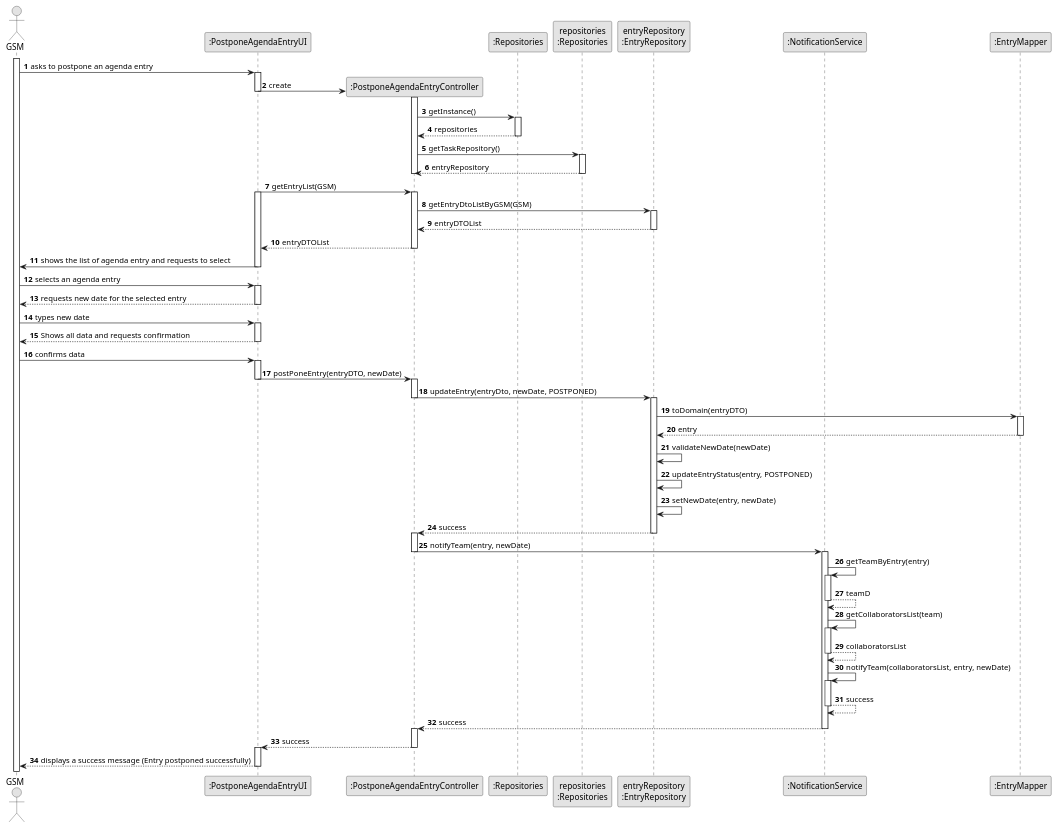
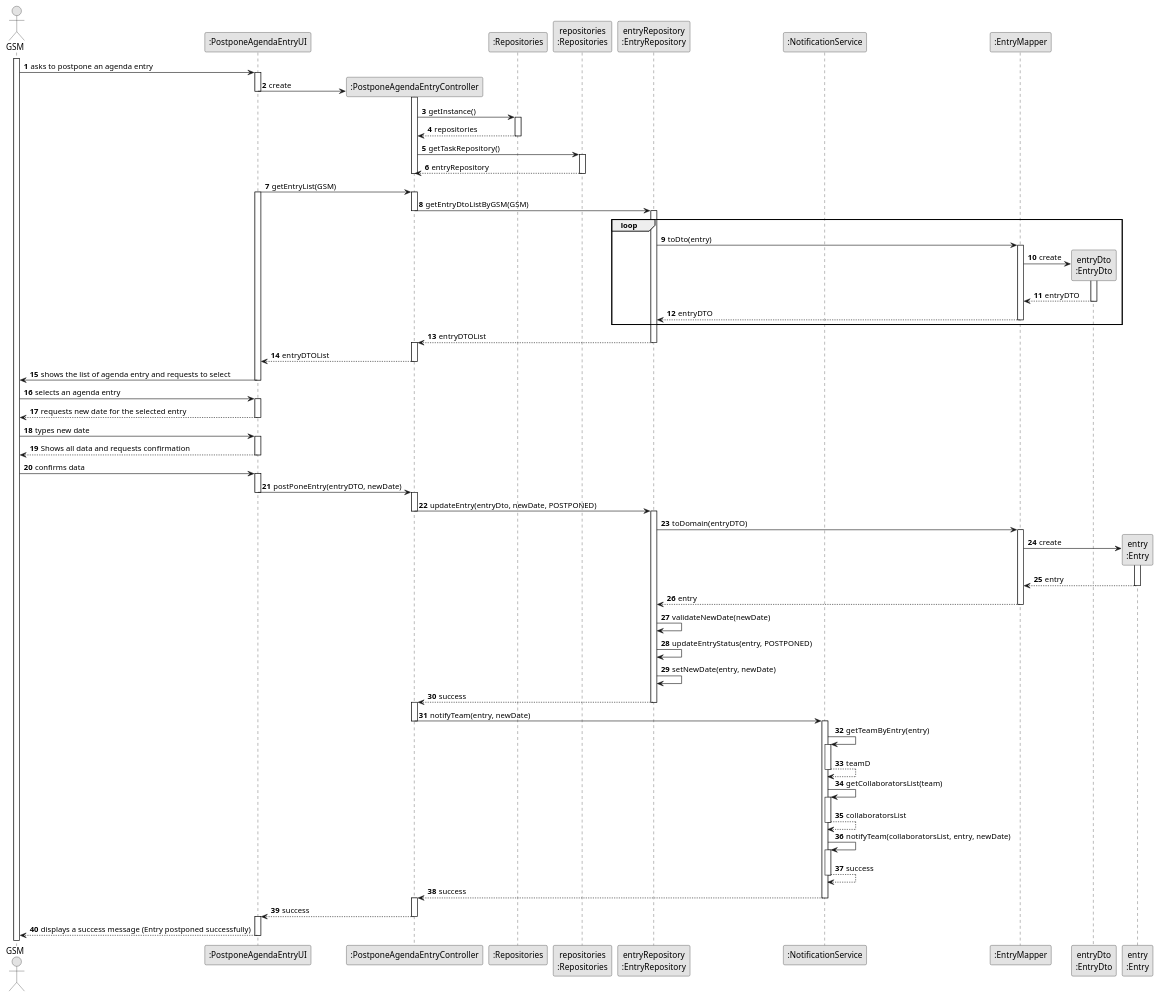
The diagram in docs/sprintC/us024/03.design/puml/us024-sequence-diagram-full.puml (ricardomm7/leaflink), drawn with PlantUML before and after one commit. The commit also changed 1 other file, not shown here.

Commit message:
Update US24/US29 Sequence Diagram

```diff
--- a/docs/sprintC/us024/03.design/puml/us024-sequence-diagram-full.puml
+++ b/docs/sprintC/us024/03.design/puml/us024-sequence-diagram-full.puml
@@ -1,131 +1,158 @@
 @startuml
 skinparam monochrome true
 skinparam packageStyle rectangle
 skinparam shadowing false
 
 autonumber
 
 actor "GSM" as GSM
 participant ":PostponeAgendaEntryUI" as UI
 participant ":PostponeAgendaEntryController" as CTRL
 participant ":Repositories" as RepositorySingleton
 participant "repositories\n:Repositories" as PLAT
 participant "entryRepository\n:EntryRepository" as EntryRepo
 participant ":NotificationService" as NotificationService
 participant ":EntryMapper" as EntryMapper
+participant "entryDto\n:EntryDto" as EntryDto
+participant "entry\n:Entry" as Entry
+
 
 
 activate GSM
 
     GSM -> UI : asks to postpone an agenda entry
     activate UI
 
         UI -> CTRL **: create
         deactivate UI
         activate CTRL
 
             CTRL -> RepositorySingleton : getInstance()
             activate RepositorySingleton
 
                 RepositorySingleton --> CTRL : repositories
             deactivate RepositorySingleton
 
             CTRL -> PLAT : getTaskRepository()
             activate PLAT
 
                 PLAT --> CTRL : entryRepository
             deactivate PLAT
 
              deactivate CTRL
 
         deactivate UI
 
         UI -> CTRL: getEntryList(GSM)
         activate UI
         activate CTRL
 
             CTRL -> EntryRepo: getEntryDtoListByGSM(GSM)
+            deactivate CTRL
             activate EntryRepo
 
+            loop
+
+            EntryRepo -> EntryMapper : toDto(entry)
+            activate EntryMapper
+
+                EntryMapper -> EntryDto** : create
+                activate EntryDto
+
+                EntryDto --> EntryMapper : entryDTO
+                deactivate EntryDto
+
+            EntryMapper --> EntryRepo : entryDTO
+            deactivate EntryMapper
+            end
 
             EntryRepo --> CTRL : entryDTOList
             deactivate EntryRepo
+            activate CTRL
 
             CTRL --> UI : entryDTOList
         deactivate CTRL
 
         UI -> GSM : shows the list of agenda entry and requests to select
     deactivate UI
 
     GSM -> UI : selects an agenda entry
     activate UI
 
         UI --> GSM : requests new date for the selected entry
     deactivate UI
 
     GSM -> UI : types new date
     activate UI
 
     UI --> GSM : Shows all data and requests confirmation
     deactivate UI
 
     GSM -> UI: confirms data
     activate UI
 
         UI -> CTRL : postPoneEntry(entryDTO, newDate)
         deactivate UI
         activate CTRL
 
 
             CTRL -> EntryRepo : updateEntry(entryDto, newDate, POSTPONED)
             deactivate CTRL
             activate EntryRepo
 
             EntryRepo -> EntryMapper : toDomain(entryDTO)
             activate EntryMapper
+
+
+                EntryMapper -> Entry** : create
+                activate Entry
+
+                Entry --> EntryMapper : entry
+                deactivate Entry
+
 
             EntryMapper --> EntryRepo : entry
             deactivate EntryMapper
 
                 EntryRepo -> EntryRepo : validateNewDate(newDate)
                 EntryRepo -> EntryRepo : updateEntryStatus(entry, POSTPONED)
                 EntryRepo -> EntryRepo : setNewDate(entry, newDate)
 
             EntryRepo --> CTRL : success
             deactivate EntryRepo
             activate CTRL
 
             CTRL -> NotificationService : notifyTeam(entry, newDate)
             deactivate CTRL
             activate NotificationService
 
                 NotificationService -> NotificationService : getTeamByEntry(entry)
                 activate NotificationService
 
                 NotificationService --> NotificationService : teamD
                 deactivate NotificationService
 
                 NotificationService -> NotificationService : getCollaboratorsList(team)
                 activate NotificationService
 
                 NotificationService --> NotificationService : collaboratorsList
                 deactivate NotificationService
 
                 NotificationService -> NotificationService : notifyTeam(collaboratorsList, entry, newDate)
                 activate NotificationService
 
                 NotificationService --> NotificationService : success
                 deactivate NotificationService
 
                 NotificationService --> CTRL : success
                 deactivate NotificationService
         activate CTRL
 
         CTRL --> UI : success
     deactivate CTRL
     activate UI
 
     UI --> GSM : displays a success message (Entry postponed successfully)
 deactivate UI
 
 @enduml
```
